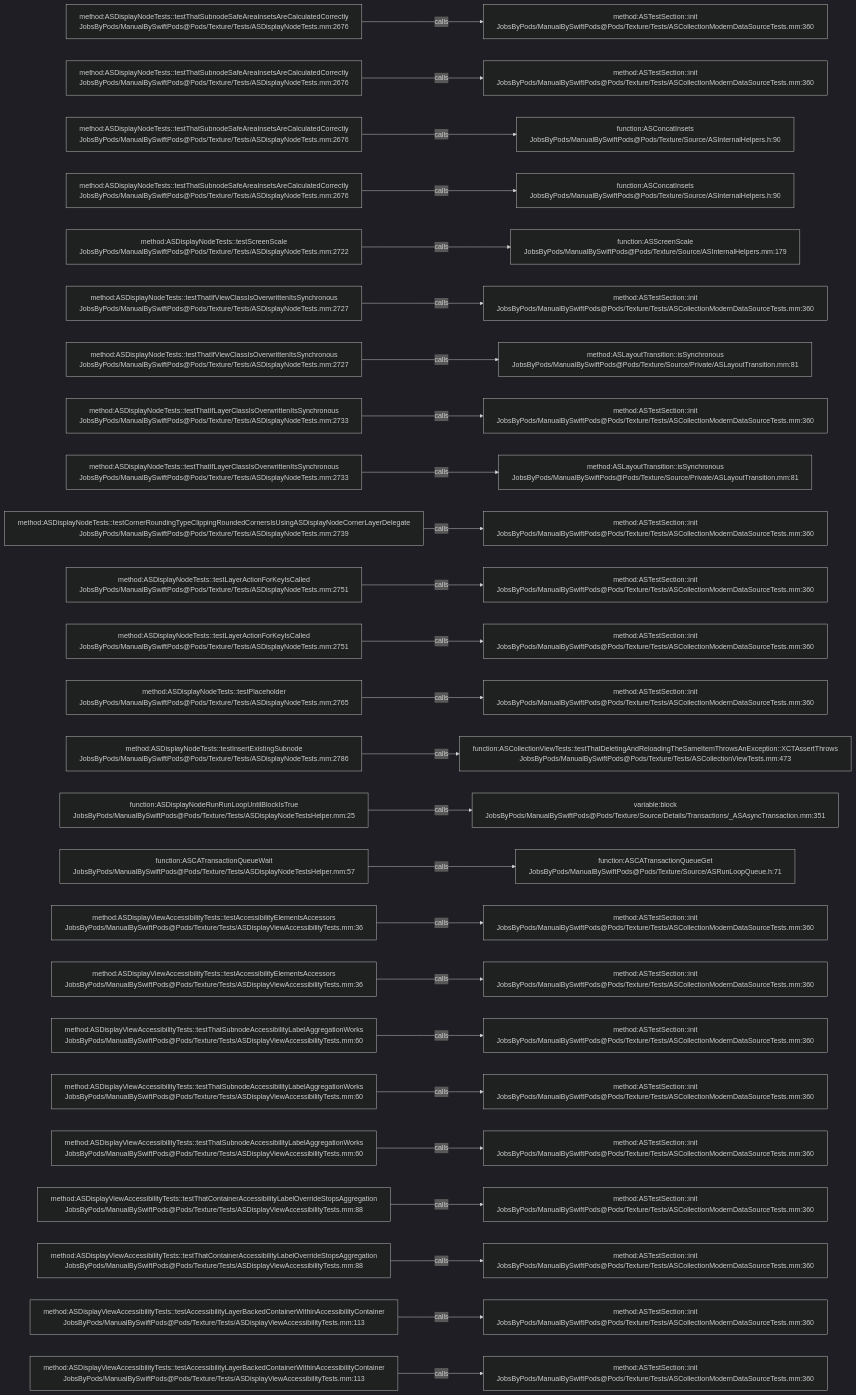
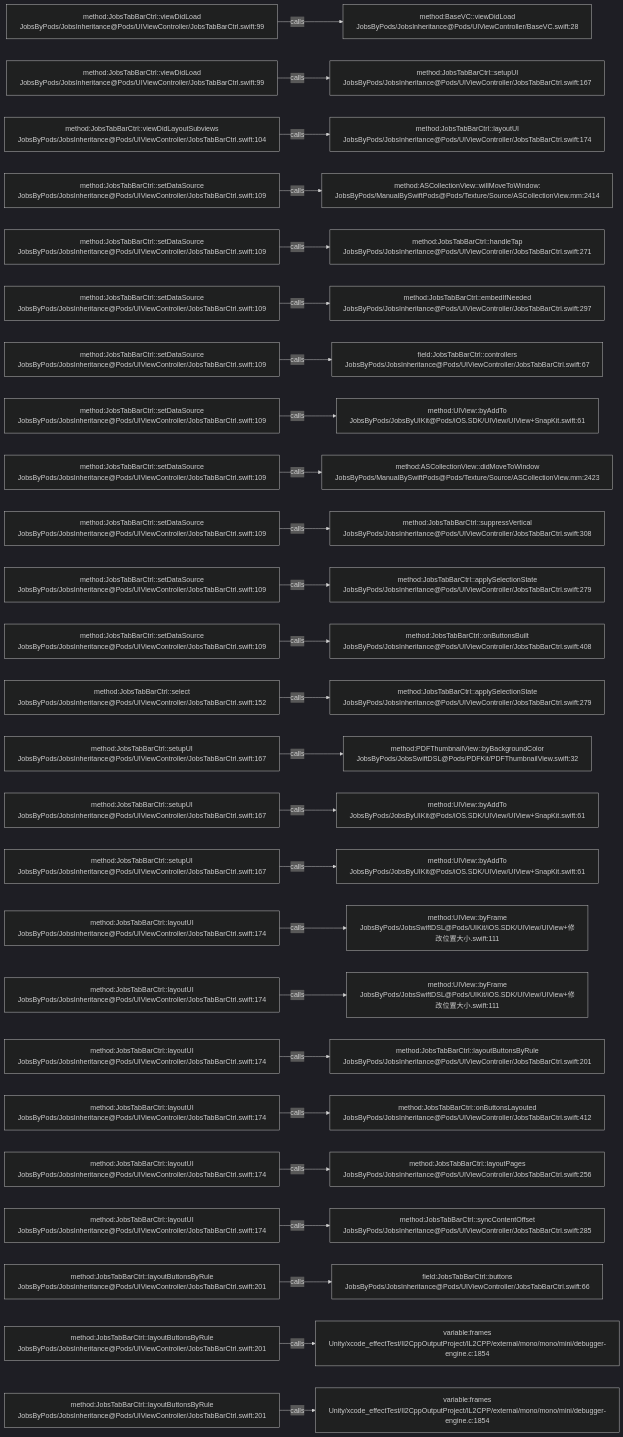
Before and after one commit to JobsKits/JobsSwiftBaseConfigDemo: the diagram in .codegraph/codegraph.md/graphs/calls-197.md, drawn with Mermaid (dark theme). The commit also changed 224 other files, not shown here.

````diff
--- a/.codegraph/codegraph.md/graphs/calls-197.md
+++ b/.codegraph/codegraph.md/graphs/calls-197.md
@@ -13,78 +13,78 @@
 ```mermaid
 flowchart LR
-  S1["method:ASDisplayNodeTests::testThatSubnodeSafeAreaInsetsAreCalculatedCorrectly<br/>JobsByPods/ManualBySwiftPods@Pods/Texture/Tests/ASDisplayNodeTests.mm:2676"]
-  T1["method:ASTestSection::init<br/>JobsByPods/ManualBySwiftPods@Pods/Texture/Tests/ASCollectionModernDataSourceTests.mm:360"]
+  S1["method:JobsTabBarCtrl::viewDidLoad<br/>JobsByPods/JobsInheritance@Pods/UIViewController/JobsTabBarCtrl.swift:99"]
+  T1["method:BaseVC::viewDidLoad<br/>JobsByPods/JobsInheritance@Pods/UIViewController/BaseVC.swift:28"]
   S1 -->|calls| T1
-  S2["method:ASDisplayNodeTests::testThatSubnodeSafeAreaInsetsAreCalculatedCorrectly<br/>JobsByPods/ManualBySwiftPods@Pods/Texture/Tests/ASDisplayNodeTests.mm:2676"]
-  T2["method:ASTestSection::init<br/>JobsByPods/ManualBySwiftPods@Pods/Texture/Tests/ASCollectionModernDataSourceTests.mm:360"]
+  S2["method:JobsTabBarCtrl::viewDidLoad<br/>JobsByPods/JobsInheritance@Pods/UIViewController/JobsTabBarCtrl.swift:99"]
+  T2["method:JobsTabBarCtrl::setupUI<br/>JobsByPods/JobsInheritance@Pods/UIViewController/JobsTabBarCtrl.swift:167"]
   S2 -->|calls| T2
-  S3["method:ASDisplayNodeTests::testThatSubnodeSafeAreaInsetsAreCalculatedCorrectly<br/>JobsByPods/ManualBySwiftPods@Pods/Texture/Tests/ASDisplayNodeTests.mm:2676"]
-  T3["function:ASConcatInsets<br/>JobsByPods/ManualBySwiftPods@Pods/Texture/Source/ASInternalHelpers.h:90"]
+  S3["method:JobsTabBarCtrl::viewDidLayoutSubviews<br/>JobsByPods/JobsInheritance@Pods/UIViewController/JobsTabBarCtrl.swift:104"]
+  T3["method:JobsTabBarCtrl::layoutUI<br/>JobsByPods/JobsInheritance@Pods/UIViewController/JobsTabBarCtrl.swift:174"]
   S3 -->|calls| T3
-  S4["method:ASDisplayNodeTests::testThatSubnodeSafeAreaInsetsAreCalculatedCorrectly<br/>JobsByPods/ManualBySwiftPods@Pods/Texture/Tests/ASDisplayNodeTests.mm:2676"]
-  T4["function:ASConcatInsets<br/>JobsByPods/ManualBySwiftPods@Pods/Texture/Source/ASInternalHelpers.h:90"]
+  S4["method:JobsTabBarCtrl::setDataSource<br/>JobsByPods/JobsInheritance@Pods/UIViewController/JobsTabBarCtrl.swift:109"]
+  T4["method:ASCollectionView::willMoveToWindow:<br/>JobsByPods/ManualBySwiftPods@Pods/Texture/Source/ASCollectionView.mm:2414"]
   S4 -->|calls| T4
-  S5["method:ASDisplayNodeTests::testScreenScale<br/>JobsByPods/ManualBySwiftPods@Pods/Texture/Tests/ASDisplayNodeTests.mm:2722"]
-  T5["function:ASScreenScale<br/>JobsByPods/ManualBySwiftPods@Pods/Texture/Source/ASInternalHelpers.mm:179"]
+  S5["method:JobsTabBarCtrl::setDataSource<br/>JobsByPods/JobsInheritance@Pods/UIViewController/JobsTabBarCtrl.swift:109"]
+  T5["method:JobsTabBarCtrl::handleTap<br/>JobsByPods/JobsInheritance@Pods/UIViewController/JobsTabBarCtrl.swift:271"]
   S5 -->|calls| T5
-  S6["method:ASDisplayNodeTests::testThatIfViewClassIsOverwrittenItsSynchronous<br/>JobsByPods/ManualBySwiftPods@Pods/Texture/Tests/ASDisplayNodeTests.mm:2727"]
-  T6["method:ASTestSection::init<br/>JobsByPods/ManualBySwiftPods@Pods/Texture/Tests/ASCollectionModernDataSourceTests.mm:360"]
+  S6["method:JobsTabBarCtrl::setDataSource<br/>JobsByPods/JobsInheritance@Pods/UIViewController/JobsTabBarCtrl.swift:109"]
+  T6["method:JobsTabBarCtrl::embedIfNeeded<br/>JobsByPods/JobsInheritance@Pods/UIViewController/JobsTabBarCtrl.swift:297"]
   S6 -->|calls| T6
-  S7["method:ASDisplayNodeTests::testThatIfViewClassIsOverwrittenItsSynchronous<br/>JobsByPods/ManualBySwiftPods@Pods/Texture/Tests/ASDisplayNodeTests.mm:2727"]
-  T7["method:ASLayoutTransition::isSynchronous<br/>JobsByPods/ManualBySwiftPods@Pods/Texture/Source/Private/ASLayoutTransition.mm:81"]
+  S7["method:JobsTabBarCtrl::setDataSource<br/>JobsByPods/JobsInheritance@Pods/UIViewController/JobsTabBarCtrl.swift:109"]
+  T7["field:JobsTabBarCtrl::controllers<br/>JobsByPods/JobsInheritance@Pods/UIViewController/JobsTabBarCtrl.swift:67"]
   S7 -->|calls| T7
-  S8["method:ASDisplayNodeTests::testThatIfLayerClassIsOverwrittenItsSynchronous<br/>JobsByPods/ManualBySwiftPods@Pods/Texture/Tests/ASDisplayNodeTests.mm:2733"]
-  T8["method:ASTestSection::init<br/>JobsByPods/ManualBySwiftPods@Pods/Texture/Tests/ASCollectionModernDataSourceTests.mm:360"]
+  S8["method:JobsTabBarCtrl::setDataSource<br/>JobsByPods/JobsInheritance@Pods/UIViewController/JobsTabBarCtrl.swift:109"]
+  T8["method:UIView::byAddTo<br/>JobsByPods/JobsByUIKit@Pods/iOS.SDK/UIView/UIView+SnapKit.swift:61"]
   S8 -->|calls| T8
-  S9["method:ASDisplayNodeTests::testThatIfLayerClassIsOverwrittenItsSynchronous<br/>JobsByPods/ManualBySwiftPods@Pods/Texture/Tests/ASDisplayNodeTests.mm:2733"]
-  T9["method:ASLayoutTransition::isSynchronous<br/>JobsByPods/ManualBySwiftPods@Pods/Texture/Source/Private/ASLayoutTransition.mm:81"]
+  S9["method:JobsTabBarCtrl::setDataSource<br/>JobsByPods/JobsInheritance@Pods/UIViewController/JobsTabBarCtrl.swift:109"]
+  T9["method:ASCollectionView::didMoveToWindow<br/>JobsByPods/ManualBySwiftPods@Pods/Texture/Source/ASCollectionView.mm:2423"]
   S9 -->|calls| T9
-  S10["method:ASDisplayNodeTests::testCornerRoundingTypeClippingRoundedCornersIsUsingASDisplayNodeCornerLayerDelegate<br/>JobsByPods/ManualBySwiftPods@Pods/Texture/Tests/ASDisplayNodeTests.mm:2739"]
-  T10["method:ASTestSection::init<br/>JobsByPods/ManualBySwiftPods@Pods/Texture/Tests/ASCollectionModernDataSourceTests.mm:360"]
+  S10["method:JobsTabBarCtrl::setDataSource<br/>JobsByPods/JobsInheritance@Pods/UIViewController/JobsTabBarCtrl.swift:109"]
+  T10["method:JobsTabBarCtrl::suppressVertical<br/>JobsByPods/JobsInheritance@Pods/UIViewController/JobsTabBarCtrl.swift:308"]
   S10 -->|calls| T10
-  S11["method:ASDisplayNodeTests::testLayerActionForKeyIsCalled<br/>JobsByPods/ManualBySwiftPods@Pods/Texture/Tests/ASDisplayNodeTests.mm:2751"]
-  T11["method:ASTestSection::init<br/>JobsByPods/ManualBySwiftPods@Pods/Texture/Tests/ASCollectionModernDataSourceTests.mm:360"]
+  S11["method:JobsTabBarCtrl::setDataSource<br/>JobsByPods/JobsInheritance@Pods/UIViewController/JobsTabBarCtrl.swift:109"]
+  T11["method:JobsTabBarCtrl::applySelectionState<br/>JobsByPods/JobsInheritance@Pods/UIViewController/JobsTabBarCtrl.swift:279"]
   S11 -->|calls| T11
-  S12["method:ASDisplayNodeTests::testLayerActionForKeyIsCalled<br/>JobsByPods/ManualBySwiftPods@Pods/Texture/Tests/ASDisplayNodeTests.mm:2751"]
-  T12["method:ASTestSection::init<br/>JobsByPods/ManualBySwiftPods@Pods/Texture/Tests/ASCollectionModernDataSourceTests.mm:360"]
+  S12["method:JobsTabBarCtrl::setDataSource<br/>JobsByPods/JobsInheritance@Pods/UIViewController/JobsTabBarCtrl.swift:109"]
+  T12["method:JobsTabBarCtrl::onButtonsBuilt<br/>JobsByPods/JobsInheritance@Pods/UIViewController/JobsTabBarCtrl.swift:408"]
   S12 -->|calls| T12
-  S13["method:ASDisplayNodeTests::testPlaceholder<br/>JobsByPods/ManualBySwiftPods@Pods/Texture/Tests/ASDisplayNodeTests.mm:2765"]
-  T13["method:ASTestSection::init<br/>JobsByPods/ManualBySwiftPods@Pods/Texture/Tests/ASCollectionModernDataSourceTests.mm:360"]
+  S13["method:JobsTabBarCtrl::select<br/>JobsByPods/JobsInheritance@Pods/UIViewController/JobsTabBarCtrl.swift:152"]
+  T13["method:JobsTabBarCtrl::applySelectionState<br/>JobsByPods/JobsInheritance@Pods/UIViewController/JobsTabBarCtrl.swift:279"]
   S13 -->|calls| T13
-  S14["method:ASDisplayNodeTests::testInsertExistingSubnode<br/>JobsByPods/ManualBySwiftPods@Pods/Texture/Tests/ASDisplayNodeTests.mm:2786"]
-  T14["function:ASCollectionViewTests::testThatDeletingAndReloadingTheSameItemThrowsAnException::XCTAssertThrows<br/>JobsByPods/ManualBySwiftPods@Pods/Texture/Tests/ASCollectionViewTests.mm:473"]
+  S14["method:JobsTabBarCtrl::setupUI<br/>JobsByPods/JobsInheritance@Pods/UIViewController/JobsTabBarCtrl.swift:167"]
+  T14["method:PDFThumbnailView::byBackgroundColor<br/>JobsByPods/JobsSwiftDSL@Pods/PDFKit/PDFThumbnailView.swift:32"]
   S14 -->|calls| T14
-  S15["function:ASDisplayNodeRunRunLoopUntilBlockIsTrue<br/>JobsByPods/ManualBySwiftPods@Pods/Texture/Tests/ASDisplayNodeTestsHelper.mm:25"]
-  T15["variable:block<br/>JobsByPods/ManualBySwiftPods@Pods/Texture/Source/Details/Transactions/_ASAsyncTransaction.mm:351"]
+  S15["method:JobsTabBarCtrl::setupUI<br/>JobsByPods/JobsInheritance@Pods/UIViewController/JobsTabBarCtrl.swift:167"]
+  T15["method:UIView::byAddTo<br/>JobsByPods/JobsByUIKit@Pods/iOS.SDK/UIView/UIView+SnapKit.swift:61"]
   S15 -->|calls| T15
-  S16["function:ASCATransactionQueueWait<br/>JobsByPods/ManualBySwiftPods@Pods/Texture/Tests/ASDisplayNodeTestsHelper.mm:57"]
-  T16["function:ASCATransactionQueueGet<br/>JobsByPods/ManualBySwiftPods@Pods/Texture/Source/ASRunLoopQueue.h:71"]
+  S16["method:JobsTabBarCtrl::setupUI<br/>JobsByPods/JobsInheritance@Pods/UIViewController/JobsTabBarCtrl.swift:167"]
+  T16["method:UIView::byAddTo<br/>JobsByPods/JobsByUIKit@Pods/iOS.SDK/UIView/UIView+SnapKit.swift:61"]
   S16 -->|calls| T16
-  S17["method:ASDisplayViewAccessibilityTests::testAccessibilityElementsAccessors<br/>JobsByPods/ManualBySwiftPods@Pods/Texture/Tests/ASDisplayViewAccessibilityTests.mm:36"]
-  T17["method:ASTestSection::init<br/>JobsByPods/ManualBySwiftPods@Pods/Texture/Tests/ASCollectionModernDataSourceTests.mm:360"]
+  S17["method:JobsTabBarCtrl::layoutUI<br/>JobsByPods/JobsInheritance@Pods/UIViewController/JobsTabBarCtrl.swift:174"]
+  T17["method:UIView::byFrame<br/>JobsByPods/JobsSwiftDSL@Pods/UIKit/iOS.SDK/UIView/UIView+修改位置大小.swift:111"]
   S17 -->|calls| T17
-  S18["method:ASDisplayViewAccessibilityTests::testAccessibilityElementsAccessors<br/>JobsByPods/ManualBySwiftPods@Pods/Texture/Tests/ASDisplayViewAccessibilityTests.mm:36"]
-  T18["method:ASTestSection::init<br/>JobsByPods/ManualBySwiftPods@Pods/Texture/Tests/ASCollectionModernDataSourceTests.mm:360"]
+  S18["method:JobsTabBarCtrl::layoutUI<br/>JobsByPods/JobsInheritance@Pods/UIViewController/JobsTabBarCtrl.swift:174"]
+  T18["method:UIView::byFrame<br/>JobsByPods/JobsSwiftDSL@Pods/UIKit/iOS.SDK/UIView/UIView+修改位置大小.swift:111"]
   S18 -->|calls| T18
-  S19["method:ASDisplayViewAccessibilityTests::testThatSubnodeAccessibilityLabelAggregationWorks<br/>JobsByPods/ManualBySwiftPods@Pods/Texture/Tests/ASDisplayViewAccessibilityTests.mm:60"]
-  T19["method:ASTestSection::init<br/>JobsByPods/ManualBySwiftPods@Pods/Texture/Tests/ASCollectionModernDataSourceTests.mm:360"]
+  S19["method:JobsTabBarCtrl::layoutUI<br/>JobsByPods/JobsInheritance@Pods/UIViewController/JobsTabBarCtrl.swift:174"]
+  T19["method:JobsTabBarCtrl::layoutButtonsByRule<br/>JobsByPods/JobsInheritance@Pods/UIViewController/JobsTabBarCtrl.swift:201"]
   S19 -->|calls| T19
-  S20["method:ASDisplayViewAccessibilityTests::testThatSubnodeAccessibilityLabelAggregationWorks<br/>JobsByPods/ManualBySwiftPods@Pods/Texture/Tests/ASDisplayViewAccessibilityTests.mm:60"]
-  T20["method:ASTestSection::init<br/>JobsByPods/ManualBySwiftPods@Pods/Texture/Tests/ASCollectionModernDataSourceTests.mm:360"]
+  S20["method:JobsTabBarCtrl::layoutUI<br/>JobsByPods/JobsInheritance@Pods/UIViewController/JobsTabBarCtrl.swift:174"]
+  T20["method:JobsTabBarCtrl::onButtonsLayouted<br/>JobsByPods/JobsInheritance@Pods/UIViewController/JobsTabBarCtrl.swift:412"]
   S20 -->|calls| T20
-  S21["method:ASDisplayViewAccessibilityTests::testThatSubnodeAccessibilityLabelAggregationWorks<br/>JobsByPods/ManualBySwiftPods@Pods/Texture/Tests/ASDisplayViewAccessibilityTests.mm:60"]
-  T21["method:ASTestSection::init<br/>JobsByPods/ManualBySwiftPods@Pods/Texture/Tests/ASCollectionModernDataSourceTests.mm:360"]
+  S21["method:JobsTabBarCtrl::layoutUI<br/>JobsByPods/JobsInheritance@Pods/UIViewController/JobsTabBarCtrl.swift:174"]
+  T21["method:JobsTabBarCtrl::layoutPages<br/>JobsByPods/JobsInheritance@Pods/UIViewController/JobsTabBarCtrl.swift:256"]
   S21 -->|calls| T21
-  S22["method:ASDisplayViewAccessibilityTests::testThatContainerAccessibilityLabelOverrideStopsAggregation<br/>JobsByPods/ManualBySwiftPods@Pods/Texture/Tests/ASDisplayViewAccessibilityTests.mm:88"]
-  T22["method:ASTestSection::init<br/>JobsByPods/ManualBySwiftPods@Pods/Texture/Tests/ASCollectionModernDataSourceTests.mm:360"]
+  S22["method:JobsTabBarCtrl::layoutUI<br/>JobsByPods/JobsInheritance@Pods/UIViewController/JobsTabBarCtrl.swift:174"]
+  T22["method:JobsTabBarCtrl::syncContentOffset<br/>JobsByPods/JobsInheritance@Pods/UIViewController/JobsTabBarCtrl.swift:285"]
   S22 -->|calls| T22
-  S23["method:ASDisplayViewAccessibilityTests::testThatContainerAccessibilityLabelOverrideStopsAggregation<br/>JobsByPods/ManualBySwiftPods@Pods/Texture/Tests/ASDisplayViewAccessibilityTests.mm:88"]
-  T23["method:ASTestSection::init<br/>JobsByPods/ManualBySwiftPods@Pods/Texture/Tests/ASCollectionModernDataSourceTests.mm:360"]
+  S23["method:JobsTabBarCtrl::layoutButtonsByRule<br/>JobsByPods/JobsInheritance@Pods/UIViewController/JobsTabBarCtrl.swift:201"]
+  T23["field:JobsTabBarCtrl::buttons<br/>JobsByPods/JobsInheritance@Pods/UIViewController/JobsTabBarCtrl.swift:66"]
   S23 -->|calls| T23
-  S24["method:ASDisplayViewAccessibilityTests::testAccessibilityLayerBackedContainerWithinAccessibilityContainer<br/>JobsByPods/ManualBySwiftPods@Pods/Texture/Tests/ASDisplayViewAccessibilityTests.mm:113"]
-  T24["method:ASTestSection::init<br/>JobsByPods/ManualBySwiftPods@Pods/Texture/Tests/ASCollectionModernDataSourceTests.mm:360"]
+  S24["method:JobsTabBarCtrl::layoutButtonsByRule<br/>JobsByPods/JobsInheritance@Pods/UIViewController/JobsTabBarCtrl.swift:201"]
+  T24["variable:frames<br/>Unity/xcode_effectTest/Il2CppOutputProject/IL2CPP/external/mono/mono/mini/debugger-engine.c:1854"]
   S24 -->|calls| T24
-  S25["method:ASDisplayViewAccessibilityTests::testAccessibilityLayerBackedContainerWithinAccessibilityContainer<br/>JobsByPods/ManualBySwiftPods@Pods/Texture/Tests/ASDisplayViewAccessibilityTests.mm:113"]
-  T25["method:ASTestSection::init<br/>JobsByPods/ManualBySwiftPods@Pods/Texture/Tests/ASCollectionModernDataSourceTests.mm:360"]
+  S25["method:JobsTabBarCtrl::layoutButtonsByRule<br/>JobsByPods/JobsInheritance@Pods/UIViewController/JobsTabBarCtrl.swift:201"]
+  T25["variable:frames<br/>Unity/xcode_effectTest/Il2CppOutputProject/IL2CPP/external/mono/mono/mini/debugger-engine.c:1854"]
   S25 -->|calls| T25
 ```
````
